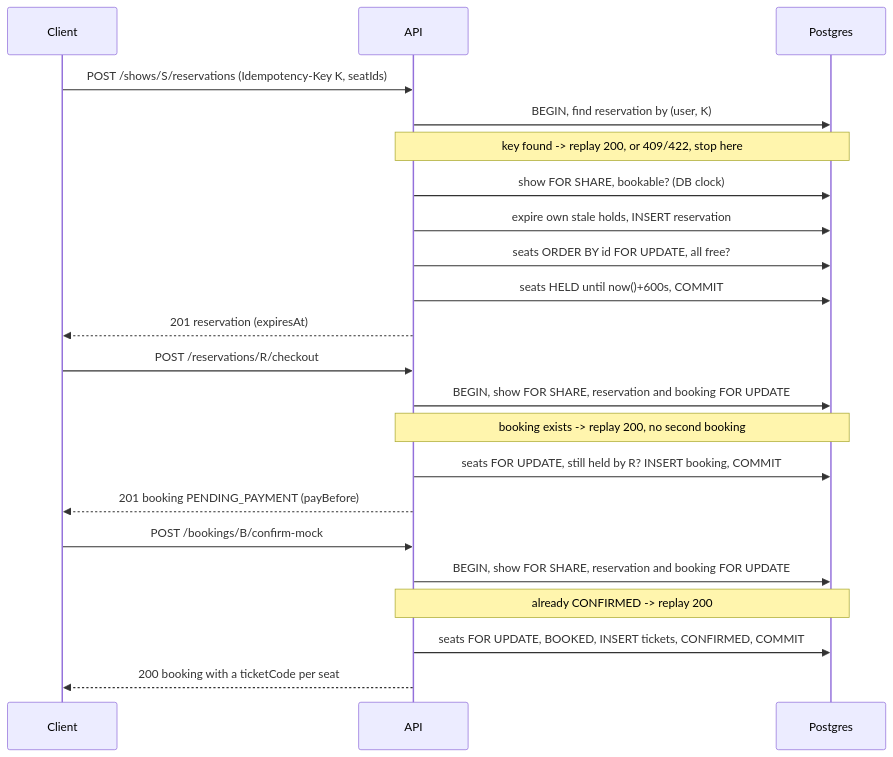
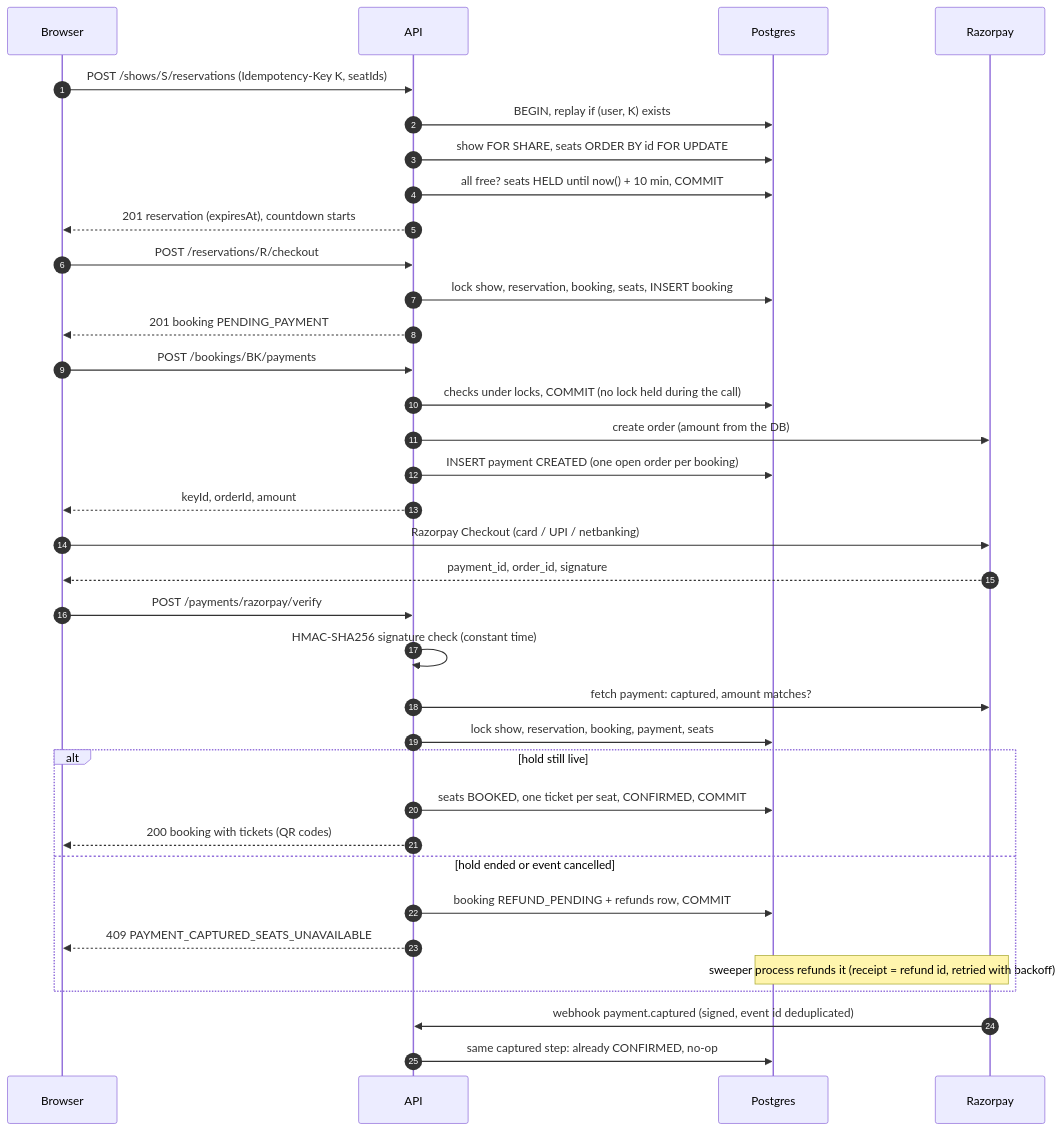
The second of 2 diagrams in README.md (SamriddhiAgrawal19/FlashSeat), drawn with Mermaid before and after one commit. The commit also changed other lines of this file and 10 other files, not shown here.

First line of the commit message:
docs: showcase README with screenshots and architecture

````diff
--- a/README.md
+++ b/README.md
@@ -84,24 +148,37 @@
 ```mermaid
 sequenceDiagram
-  participant C as Client
+  autonumber
+  participant B as Browser
   participant A as API
   participant P as Postgres
-  C->>A: POST /shows/S/reservations (Idempotency-Key K, seatIds)
-  A->>P: BEGIN, find reservation by (user, K)
-  Note over A,P: key found -> replay 200, or 409/422, stop here
-  A->>P: show FOR SHARE, bookable? (DB clock)
-  A->>P: expire own stale holds, INSERT reservation
-  A->>P: seats ORDER BY id FOR UPDATE, all free?
-  A->>P: seats HELD until now()+600s, COMMIT
-  A-->>C: 201 reservation (expiresAt)
-  C->>A: POST /reservations/R/checkout
-  A->>P: BEGIN, show FOR SHARE, reservation and booking FOR UPDATE
-  Note over A,P: booking exists -> replay 200, no second booking
-  A->>P: seats FOR UPDATE, still held by R? INSERT booking, COMMIT
-  A-->>C: 201 booking PENDING_PAYMENT (payBefore)
-  C->>A: POST /bookings/B/confirm-mock
-  A->>P: BEGIN, show FOR SHARE, reservation and booking FOR UPDATE
-  Note over A,P: already CONFIRMED -> replay 200
-  A->>P: seats FOR UPDATE, BOOKED, INSERT tickets, CONFIRMED, COMMIT
-  A-->>C: 200 booking with a ticketCode per seat
+  participant R as Razorpay
+  B->>A: POST /shows/S/reservations (Idempotency-Key K, seatIds)
+  A->>P: BEGIN, replay if (user, K) exists
+  A->>P: show FOR SHARE, seats ORDER BY id FOR UPDATE
+  A->>P: all free? seats HELD until now() + 10 min, COMMIT
+  A-->>B: 201 reservation (expiresAt), countdown starts
+  B->>A: POST /reservations/R/checkout
+  A->>P: lock show, reservation, booking, seats, INSERT booking
+  A-->>B: 201 booking PENDING_PAYMENT
+  B->>A: POST /bookings/BK/payments
+  A->>P: checks under locks, COMMIT (no lock held during the call)
+  A->>R: create order (amount from the DB)
+  A->>P: INSERT payment CREATED (one open order per booking)
+  A-->>B: keyId, orderId, amount
+  B->>R: Razorpay Checkout (card / UPI / netbanking)
+  R-->>B: payment_id, order_id, signature
+  B->>A: POST /payments/razorpay/verify
+  A->>A: HMAC-SHA256 signature check (constant time)
+  A->>R: fetch payment: captured, amount matches?
+  A->>P: lock show, reservation, booking, payment, seats
+  alt hold still live
+    A->>P: seats BOOKED, one ticket per seat, CONFIRMED, COMMIT
+    A-->>B: 200 booking with tickets (QR codes)
+  else hold ended or event cancelled
+    A->>P: booking REFUND_PENDING + refunds row, COMMIT
+    A-->>B: 409 PAYMENT_CAPTURED_SEATS_UNAVAILABLE
+    Note over P,R: sweeper process refunds it (receipt = refund id, retried with backoff)
+  end
+  R->>A: webhook payment.captured (signed, event id deduplicated)
+  A->>P: same captured step: already CONFIRMED, no-op
 ```
````
